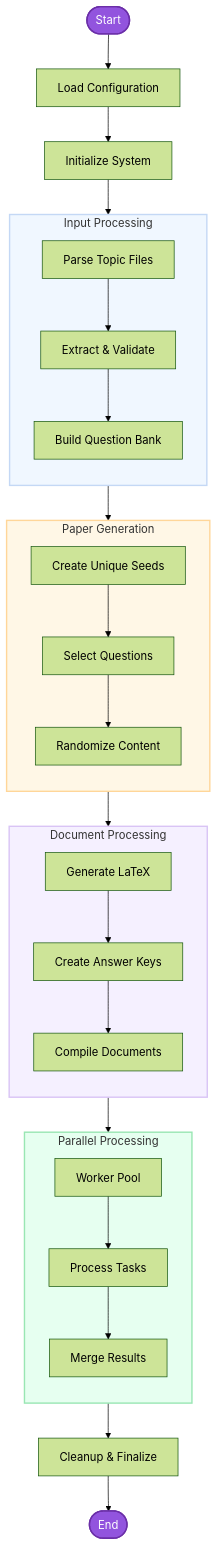
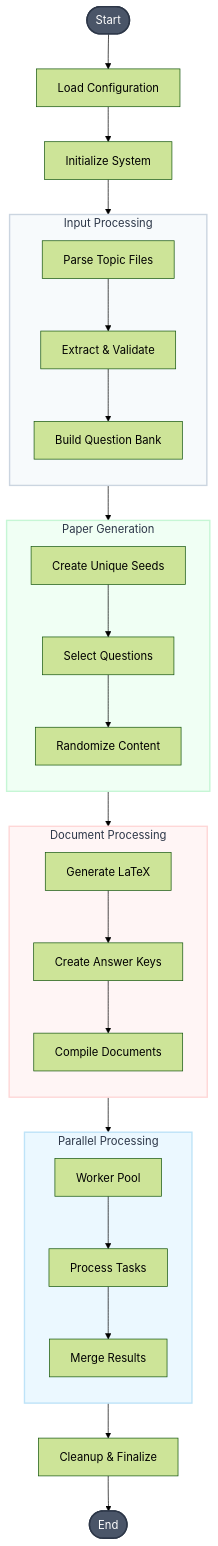
One commit to ArnabCodes/PyTeXMCQ changed the diagram in README.md. Above: the diagram before and after it, drawn with Mermaid (forest theme).

Commit message:
Update flowchart colors for better dark mode visibility

````diff
--- a/README.md
+++ b/README.md
@@ -75,50 +75,50 @@
 ```mermaid
 flowchart TB
     subgraph Input["Input Processing"]
         direction TB
         D1[Parse Topic Files]
         D2[Extract & Validate]
         D3[Build Question Bank]
         D1 --> D2 --> D3
     end
     
     subgraph Generation["Paper Generation"]
         direction TB
         E1[Create Unique Seeds]
         E2[Select Questions]
         E3[Randomize Content]
         E1 --> E2 --> E3
     end
     
     subgraph Compilation["Document Processing"]
         direction TB
         F1[Generate LaTeX]
         F2[Create Answer Keys]
         F3[Compile Documents]
         F1 --> F2 --> F3
     end
     
     subgraph Parallel["Parallel Processing"]
         direction TB
         G1[Worker Pool]
         G2[Process Tasks]
         G3[Merge Results]
         G1 --> G2 --> G3
     end
     
     A([Start]) --> B[Load Configuration]
     B --> C[Initialize System]
     C --> Input
     Input --> Generation
     Generation --> Compilation
     Compilation --> Parallel
     Parallel --> H[Cleanup & Finalize]
     H --> I([End])
     
-    style A fill:#9254de,stroke:#6B2FA8,stroke-width:2px,color:white
-    style I fill:#9254de,stroke:#6B2FA8,stroke-width:2px,color:white
-    style Input fill:#f0f7ff,stroke:#c4d8f5,stroke-width:2px
-    style Generation fill:#fff7e6,stroke:#ffd699,stroke-width:2px
-    style Compilation fill:#f5f0ff,stroke:#d9c4f5,stroke-width:2px
-    style Parallel fill:#e6fff0,stroke:#99e6b3,stroke-width:2px
+    style A fill:#4a5568,stroke:#2d3748,stroke-width:2px,color:white
+    style I fill:#4a5568,stroke:#2d3748,stroke-width:2px,color:white
+    style Input fill:#f7fafc,stroke:#cbd5e0,stroke-width:2px,color:#2d3748
+    style Generation fill:#f0fff4,stroke:#c6f6d5,stroke-width:2px,color:#2d3748
+    style Compilation fill:#fff5f5,stroke:#fed7d7,stroke-width:2px,color:#2d3748
+    style Parallel fill:#ebf8ff,stroke:#bee3f8,stroke-width:2px,color:#2d3748
 ```
````
